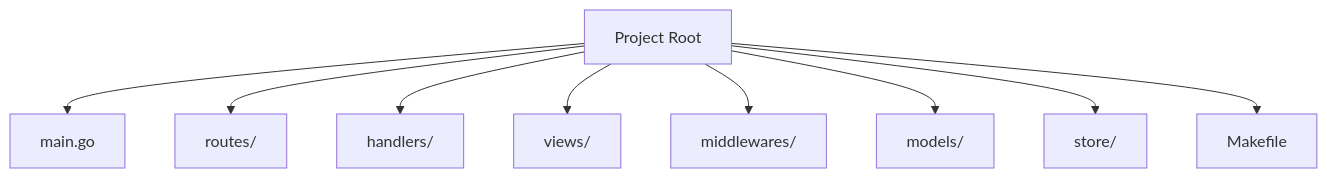
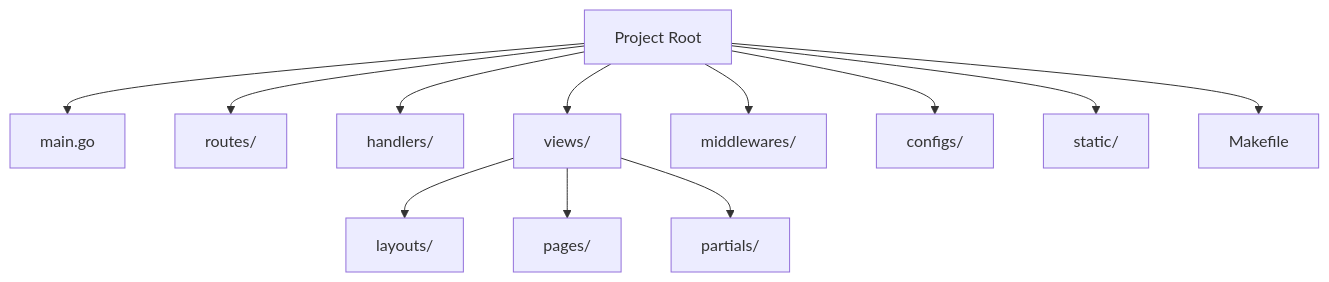
The first of 3 diagrams in README.md (tediscript/fiber-boilerplate), drawn with Mermaid before and after one commit. The commit also changed other lines of this file, not shown here.

````diff
--- a/README.md
+++ b/README.md
@@ -7,11 +7,14 @@
 ```mermaid
 graph TD
     A[Project Root] --> B[main.go]
     A --> C[routes/]
     A --> D[handlers/]
     A --> E[views/]
     A --> F[middlewares/]
-    A --> G[models/]
-    A --> H[store/]
+    A --> G[configs/]
+    A --> H[static/]
     A --> I[Makefile]
+    E --> J[layouts/]
+    E --> K[pages/]
+    E --> L[partials/]
 ```
````
